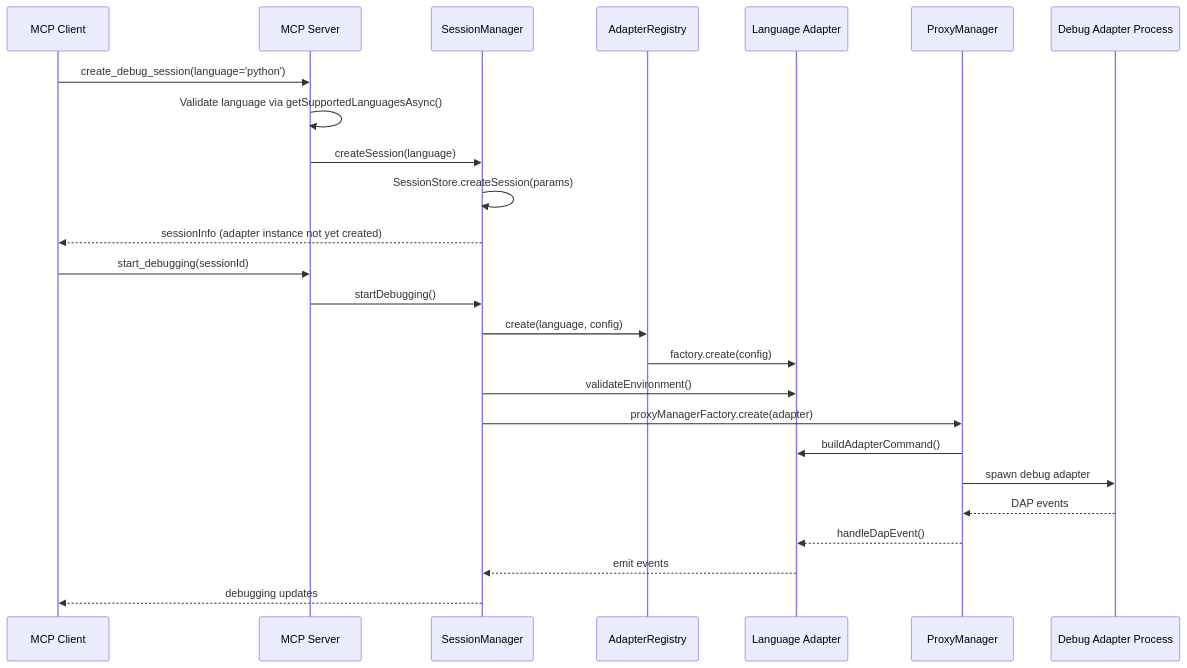
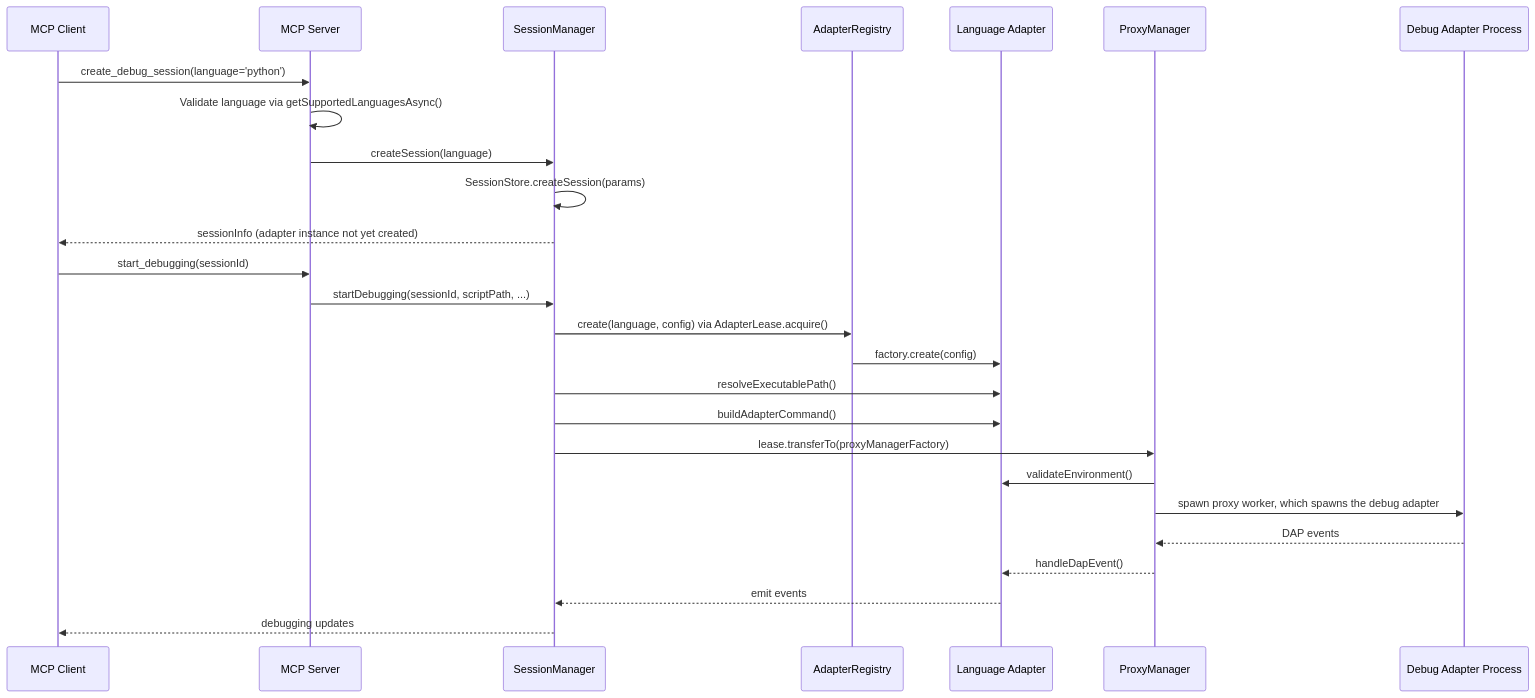
Before and after one commit to debugmcp/mcp-debugger: the diagram in docs/architecture/README.md, drawn with Mermaid. The commit also changed other lines of this file and 93 other files, not shown here.

````diff
--- a/docs/architecture/README.md
+++ b/docs/architecture/README.md
@@ -76,30 +79,31 @@
 ```mermaid
 sequenceDiagram
     participant Client as MCP Client
     participant Server as MCP Server
     participant SM as SessionManager
     participant AR as AdapterRegistry
     participant Adapter as Language Adapter
     participant PM as ProxyManager
     participant DAP as Debug Adapter Process
     
     Client->>Server: create_debug_session(language='python')
     Server->>Server: Validate language via getSupportedLanguagesAsync()
     Server->>SM: createSession(language)
     SM->>SM: SessionStore.createSession(params)
     SM-->>Client: sessionInfo (adapter instance not yet created)
 
     Client->>Server: start_debugging(sessionId)
-    Server->>SM: startDebugging()
-    SM->>AR: create(language, config)
+    Server->>SM: startDebugging(sessionId, scriptPath, ...)
+    SM->>AR: create(language, config) via AdapterLease.acquire()
     AR->>Adapter: factory.create(config)
-    SM->>Adapter: validateEnvironment()
-    SM->>PM: proxyManagerFactory.create(adapter)
-    PM->>Adapter: buildAdapterCommand()
-    PM->>DAP: spawn debug adapter
+    SM->>Adapter: resolveExecutablePath()
+    SM->>Adapter: buildAdapterCommand()
+    SM->>PM: lease.transferTo(proxyManagerFactory)
+    PM->>Adapter: validateEnvironment()
+    PM->>DAP: spawn proxy worker, which spawns the debug adapter
     
     DAP-->>PM: DAP events
     PM-->>Adapter: handleDapEvent()
     Adapter-->>SM: emit events
     SM-->>Client: debugging updates
 ```
````
